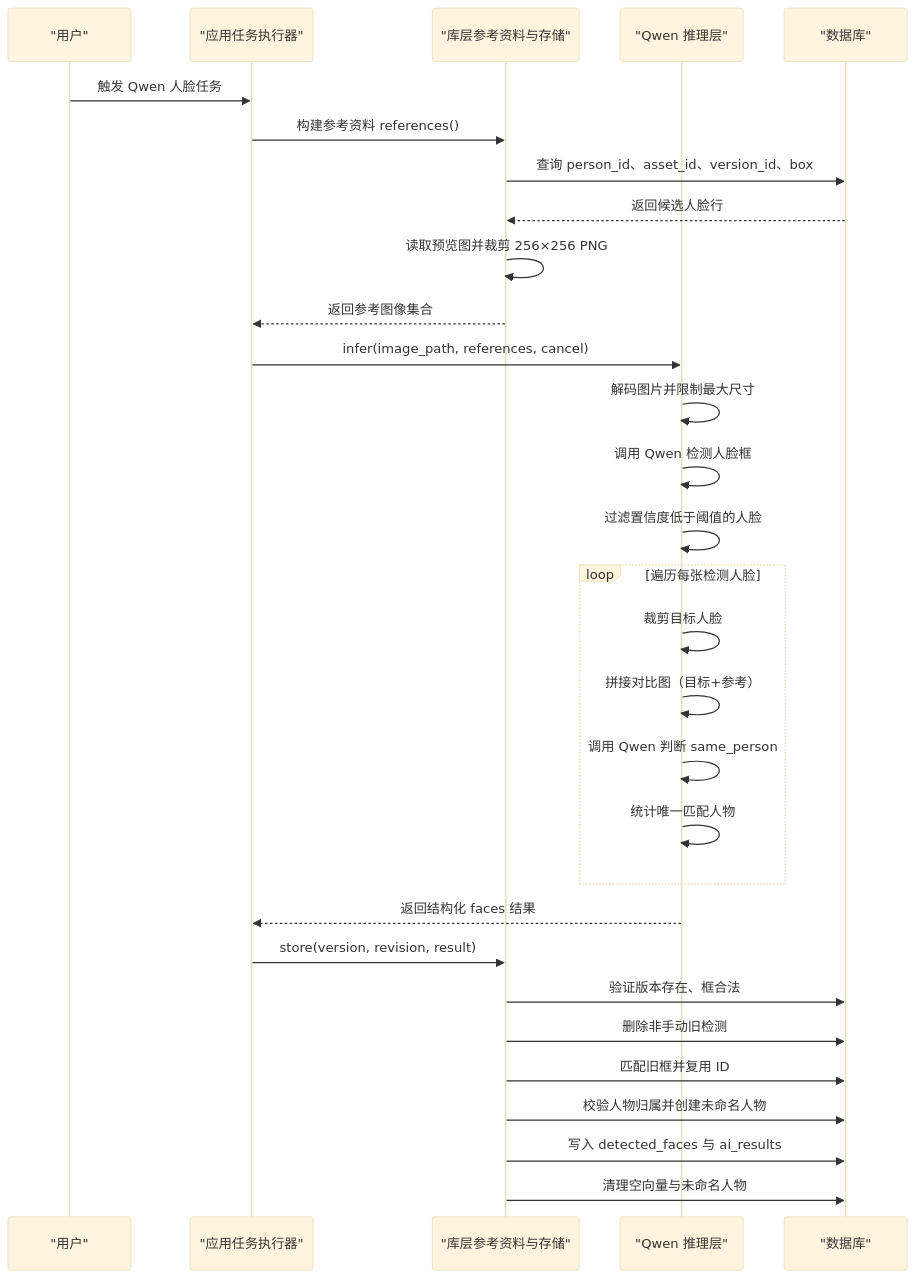
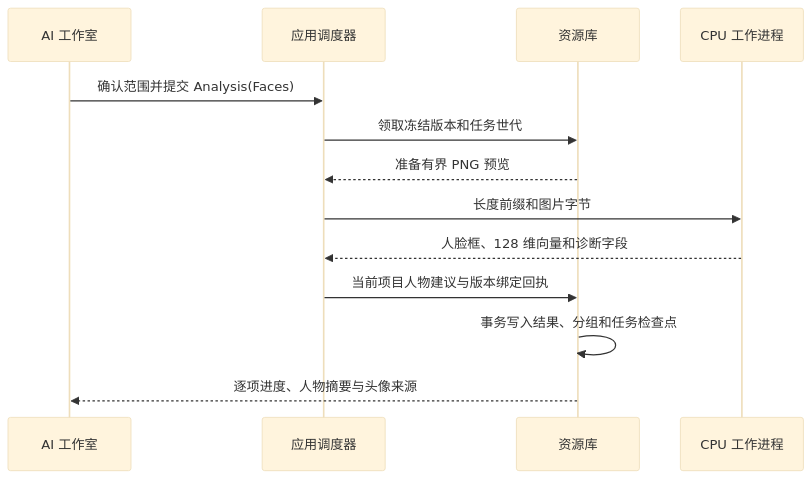
One commit to ShanGuoP/Moriq changed the diagram in repowiki/架构设计/数据流设计/AI 推理数据流/人脸识别流水线.md. Above: the diagram before and after it, drawn with Mermaid (base theme). The commit also changed other lines of this file and 66 other files, not shown here.

First line of the commit message:
feat(ai): add CPU face grouping and refine analysis workflows

````diff
--- a/repowiki/架构设计/数据流设计/AI 推理数据流/人脸识别流水线.md
+++ b/repowiki/架构设计/数据流设计/AI 推理数据流/人脸识别流水线.md
@@ -82,35 +7,15 @@
 ```mermaid
 sequenceDiagram
-    participant User as "用户"
-    participant App as "应用任务执行器"
-    participant Lib as "库层参考资料与存储"
-    participant AI as "Qwen 推理层"
-    participant DB as "数据库"
-
-    User->>App: 触发 Qwen 人脸任务
-    App->>Lib: 构建参考资料 references()
-    Lib->>DB: 查询 person_id、asset_id、version_id、box
-    DB-->>Lib: 返回候选人脸行
-    Lib->>Lib: 读取预览图并裁剪 256×256 PNG
-    Lib-->>App: 返回参考图像集合
-
-    App->>AI: infer(image_path, references, cancel)
-    AI->>AI: 解码图片并限制最大尺寸
-    AI->>AI: 调用 Qwen 检测人脸框
-    AI->>AI: 过滤置信度低于阈值的人脸
-    loop 遍历每张检测人脸
-        AI->>AI: 裁剪目标人脸
-        AI->>AI: 拼接对比图（目标+参考）
-        AI->>AI: 调用 Qwen 判断 same_person
-        AI->>AI: 统计唯一匹配人物
-    end
-    AI-->>App: 返回结构化 faces 结果
-
-    App->>Lib: store(version, revision, result)
-    Lib->>DB: 验证版本存在、框合法
-    Lib->>DB: 删除非手动旧检测
-    Lib->>DB: 匹配旧框并复用 ID
-    Lib->>DB: 校验人物归属并创建未命名人物
-    Lib->>DB: 写入 detected_faces 与 ai_results
-    Lib->>DB: 清理空向量与未命名人物
+    participant UI as AI 工作室
+    participant App as 应用调度器
+    participant Lib as 资源库
+    participant CPU as CPU 工作进程
+    UI->>App: 确认范围并提交 Analysis(Faces)
+    App->>Lib: 领取冻结版本和任务世代
+    Lib-->>App: 准备有界 PNG 预览
+    App->>CPU: 长度前缀和图片字节
+    CPU-->>App: 人脸框、128 维向量和诊断字段
+    App->>Lib: 当前项目人物建议与版本绑定回执
+    Lib->>Lib: 事务写入结果、分组和任务检查点
+    Lib-->>UI: 逐项进度、人物摘要与头像来源
 ```
````
